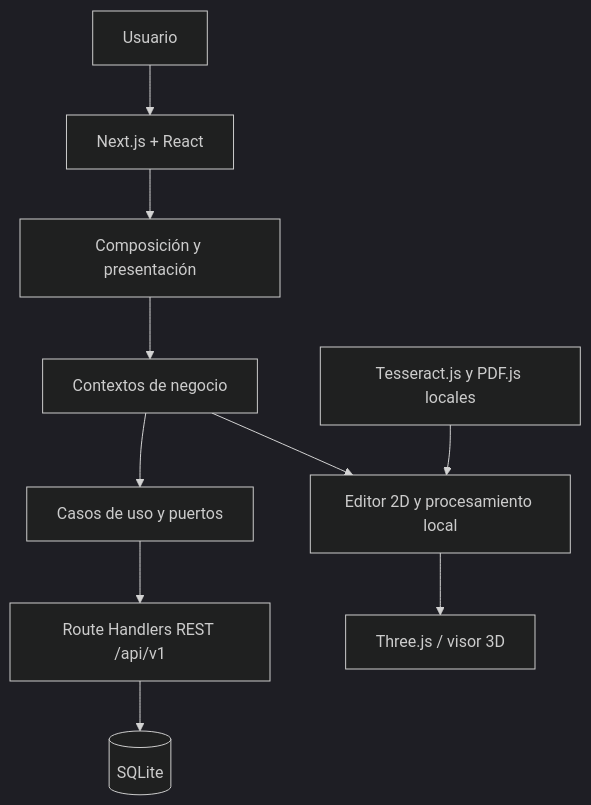
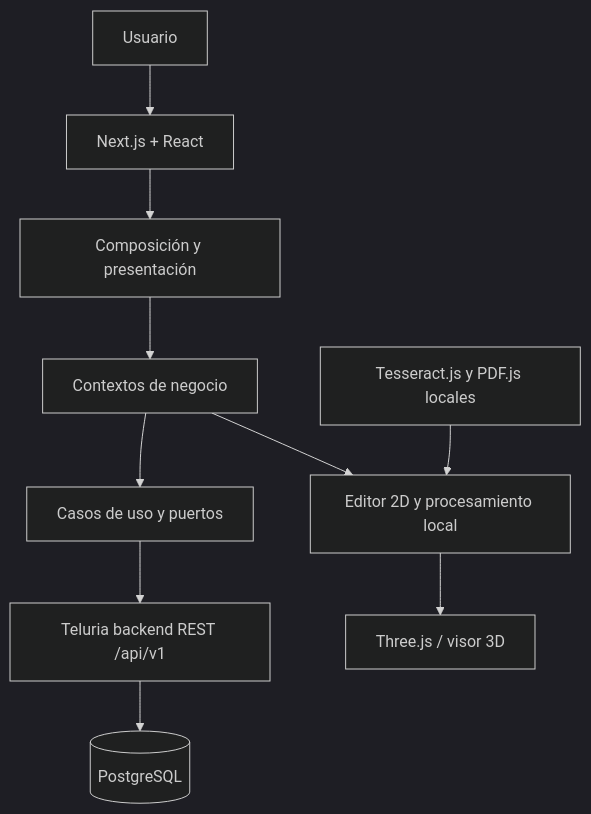
One commit to Silent343/ark-frontend changed the second of 2 diagrams in README.md. Above: the diagram before and after it, drawn with Mermaid (dark theme). The commit also changed other lines of this file and 92 other files, not shown here.

Commit message:
feat: add architectural workspace and CAD reconstruction

````diff
--- a/README.md
+++ b/README.md
@@ -135,12 +135,12 @@
 ```mermaid
 flowchart TB
     U[Usuario] --> UI[Next.js + React]
     UI --> C[Composición y presentación]
     C --> BC[Contextos de negocio]
     BC --> APP[Casos de uso y puertos]
-    APP --> API[Route Handlers REST /api/v1]
-    API --> DB[(SQLite)]
+    APP --> API[Teluria backend REST /api/v1]
+    API --> DB[(PostgreSQL)]
     BC --> PLAN[Editor 2D y procesamiento local]
     PLAN --> VIEW[Three.js / visor 3D]
     OCR[Tesseract.js y PDF.js locales] --> PLAN
 ```
````
